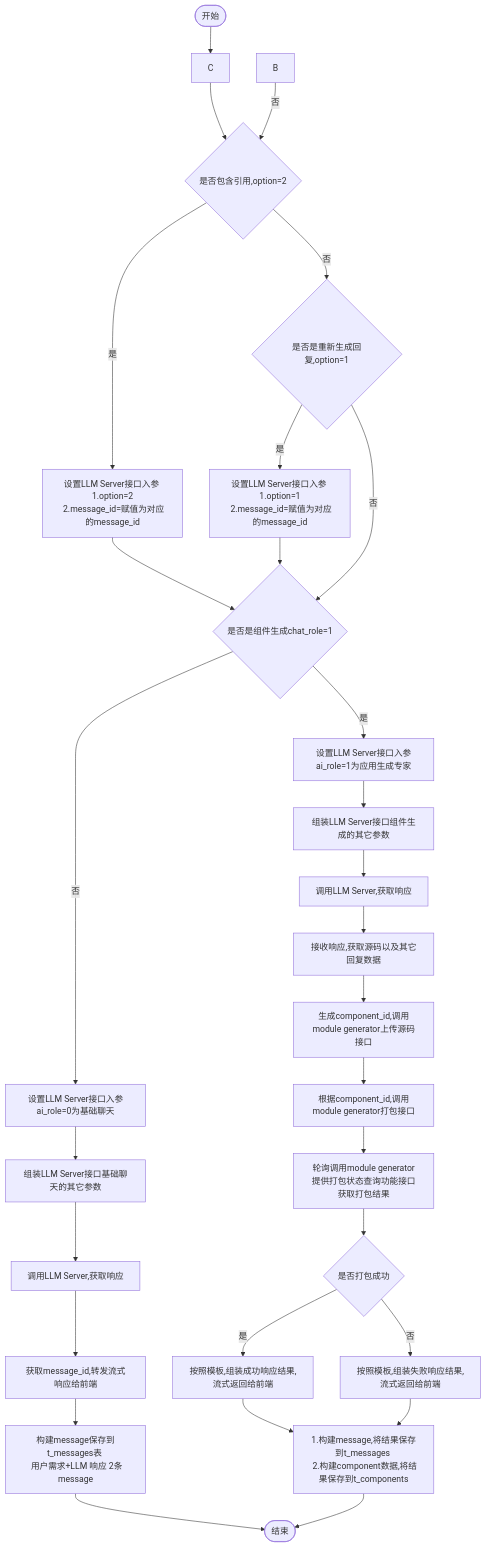
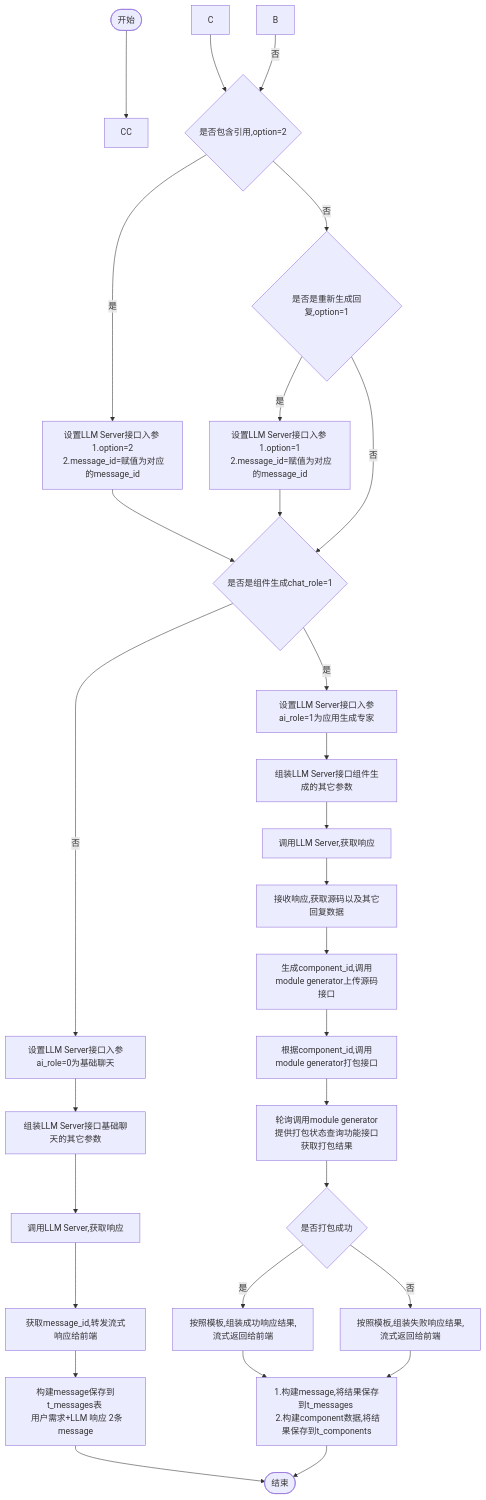
One commit to yingjianzh/iodraw-files changed the diagram in all/w3-会话-不需要传递message.md. Above: the diagram before and after it, drawn with Mermaid.

Commit message:
2024-10-15 14:14:03 update

````diff
--- a/all/w3-会话-不需要传递message.md
+++ b/all/w3-会话-不需要传递message.md
@@ -1,35 +1,35 @@
 ```mermaid
 flowchart TD
-    A([开始]) --> 
+    A([开始]) --> CC
     C --> D
     B -- 否 --> D{是否包含引用,option=2}
     D -- 是 --> E[设置LLM Server接口入参 \n 1.option=2 \n 2.message_id=赋值为对应的message_id]
     D -- 否 --> F{是否是重新生成回复,option=1}
     F -- 是 --> G[设置LLM Server接口入参 \n 1.option=1 \n 2.message_id=赋值为对应的message_id]
     F -- 否 --> I
      
     E & G --> I{是否是组件生成chat_role=1}
     I -- 否 --> K[设置LLM Server接口入参ai_role=0为基础聊天]
     I -- 是 --> J[设置LLM Server接口入参ai_role=1为应用生成专家]
     
 
     J --> L[组装LLM Server接口组件生成的其它参数]    
     K --> M[组装LLM Server接口基础聊天的其它参数]    
     M --> N[调用LLM Server,获取响应]    
     N --> O[获取message_id,转发流式响应给前端]
     O --> P[构建message保存到t_messages表 \n 用户需求+LLM 响应 2条message]
     P --> R([结束])
 
 
     L --> S[调用LLM Server,获取响应]
     S --> T[接收响应,获取源码以及其它回复数据]
     T --> U[生成component_id,调用module generator上传源码接口]
     U --> V[根据component_id,调用module generator打包接口]
     V --> W[轮询调用module generator提供打包状态查询功能接口获取打包结果]
     W --> X{是否打包成功}
     X -- 是 --> Y[按照模板,组装成功响应结果,流式返回给前端]
     X -- 否 --> Z[按照模板,组装失败响应结果,流式返回给前端]
 
     Y & Z --> Result[1.构建message,将结果保存到t_messages \n 2.构建component数据,将结果保存到t_components]
     Result --> R
 ```
````
